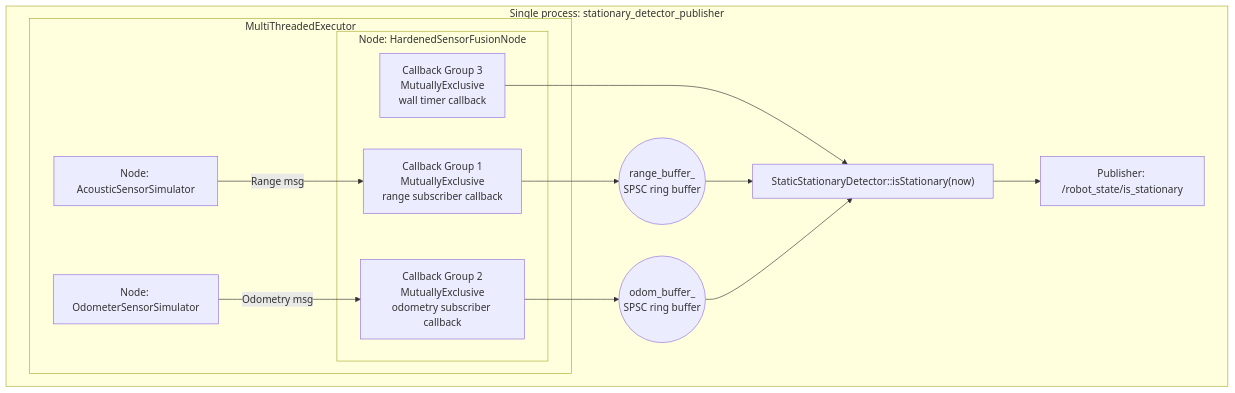
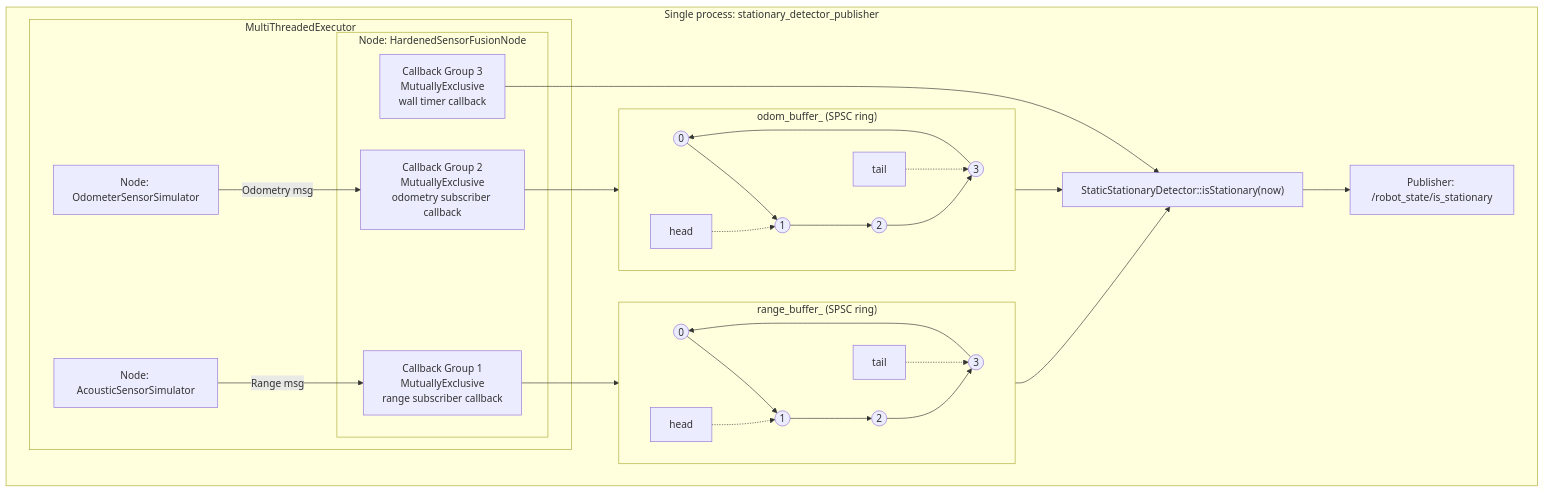
One commit to afatom/robot-stationary-fusion changed the second of 2 diagrams in README.md. Above: the diagram before and after it, drawn with Mermaid. The commit also changed other lines of this file, not shown here.

Commit message:
true ring buffer visualization

````diff
--- a/README.md
+++ b/README.md
@@ -61,29 +73,41 @@
 ```mermaid
 flowchart TB
    subgraph P["Single process: stationary_detector_publisher"]
       subgraph EX["MultiThreadedExecutor"]
          RN["Node: AcousticSensorSimulator"]
          ON["Node: OdometerSensorSimulator"]
 
          subgraph HN["Node: HardenedSensorFusionNode"]
             CG1["Callback Group 1\nMutuallyExclusive\nrange subscriber callback"]
             CG2["Callback Group 2\nMutuallyExclusive\nodometry subscriber callback"]
             CG3["Callback Group 3\nMutuallyExclusive\nwall timer callback"]
          end
       end
 
-      RB(("range_buffer_<br/>SPSC ring buffer"))
-      OB(("odom_buffer_<br/>SPSC ring buffer"))
+      subgraph RB["range_buffer_ (SPSC ring)"]
+         direction LR
+         RB0(("0")) --> RB1(("1")) --> RB2(("2")) --> RB3(("3")) --> RB0
+         RBH["head"] -.-> RB1
+         RBT["tail"] -.-> RB3
+      end
+
+      subgraph OB["odom_buffer_ (SPSC ring)"]
+         direction LR
+         OB0(("0")) --> OB1(("1")) --> OB2(("2")) --> OB3(("3")) --> OB0
+         OBH["head"] -.-> OB1
+         OBT["tail"] -.-> OB3
+      end
+
       SD["StaticStationaryDetector::isStationary(now)"]
       PUB["Publisher: /robot_state/is_stationary"]
    end
 
    RN -->|"Range msg"| CG1
    ON -->|"Odometry msg"| CG2
-   CG1 --> RB
-   CG2 --> OB
+   CG1 --> RB0
+   CG2 --> OB0
    CG3 --> SD
-   RB --> SD
-   OB --> SD
+   RB2 --> SD
+   OB2 --> SD
    SD --> PUB
 ```
````
